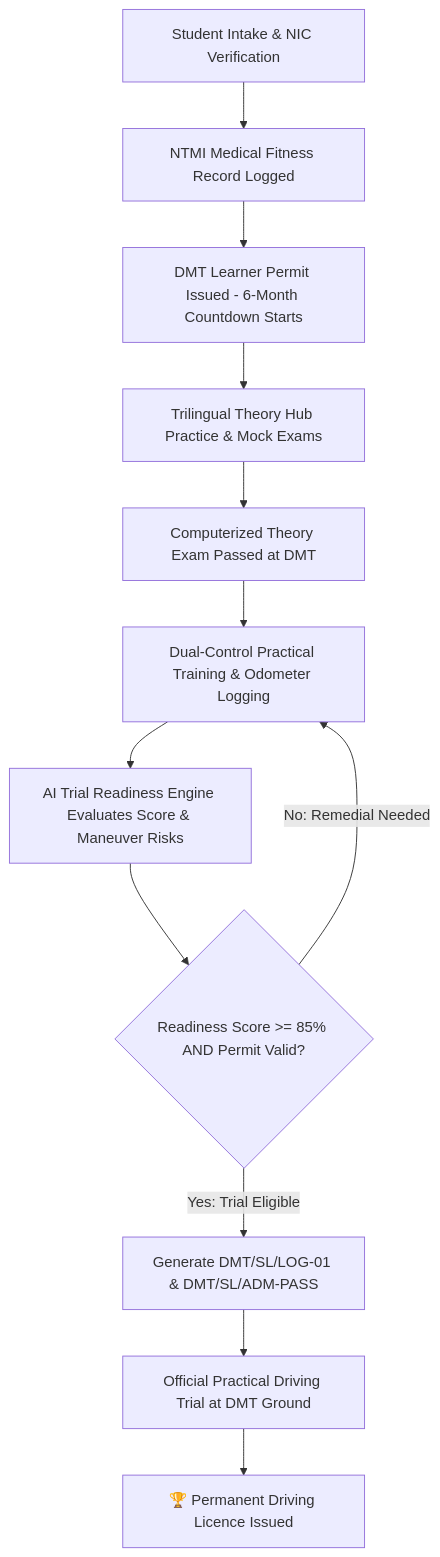
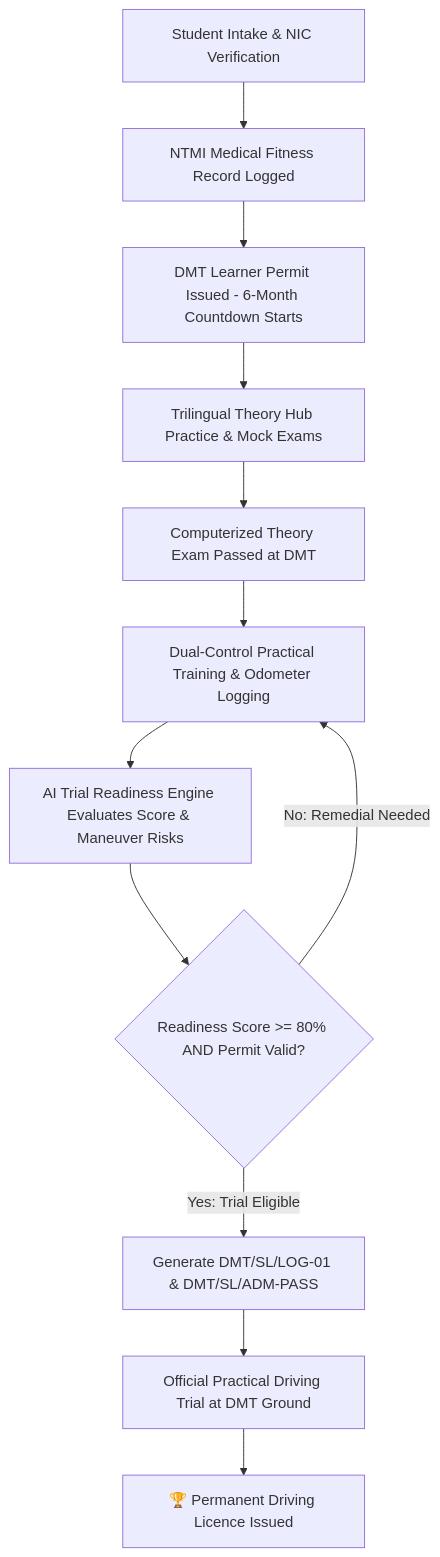
Before and after one commit to TrialReady-LK/TrialReady-LK: the second of 10 diagrams in docs/TCC_Final_Project_Report_TrialReady_LK.md, drawn with Mermaid. The commit also changed other lines of this file, not shown here.

````diff
--- a/docs/TCC_Final_Project_Report_TrialReady_LK.md
+++ b/docs/TCC_Final_Project_Report_TrialReady_LK.md
@@ -503,14 +523,14 @@
 ```mermaid
 graph TD
     A[Student Intake & NIC Verification] --> B[NTMI Medical Fitness Record Logged]
     B --> C[DMT Learner Permit Issued - 6-Month Countdown Starts]
     C --> D[Trilingual Theory Hub Practice & Mock Exams]
     D --> E[Computerized Theory Exam Passed at DMT]
     E --> F[Dual-Control Practical Training & Odometer Logging]
     F --> G[AI Trial Readiness Engine Evaluates Score & Maneuver Risks]
-    G --> H{Readiness Score >= 85% AND Permit Valid?}
+    G --> H{Readiness Score >= 80% AND Permit Valid?}
     H -- No: Remedial Needed --> F
     H -- Yes: Trial Eligible --> I[Generate DMT/SL/LOG-01 & DMT/SL/ADM-PASS]
     I --> J[Official Practical Driving Trial at DMT Ground]
     J --> K[🏆 Permanent Driving Licence Issued]
 ```
````
